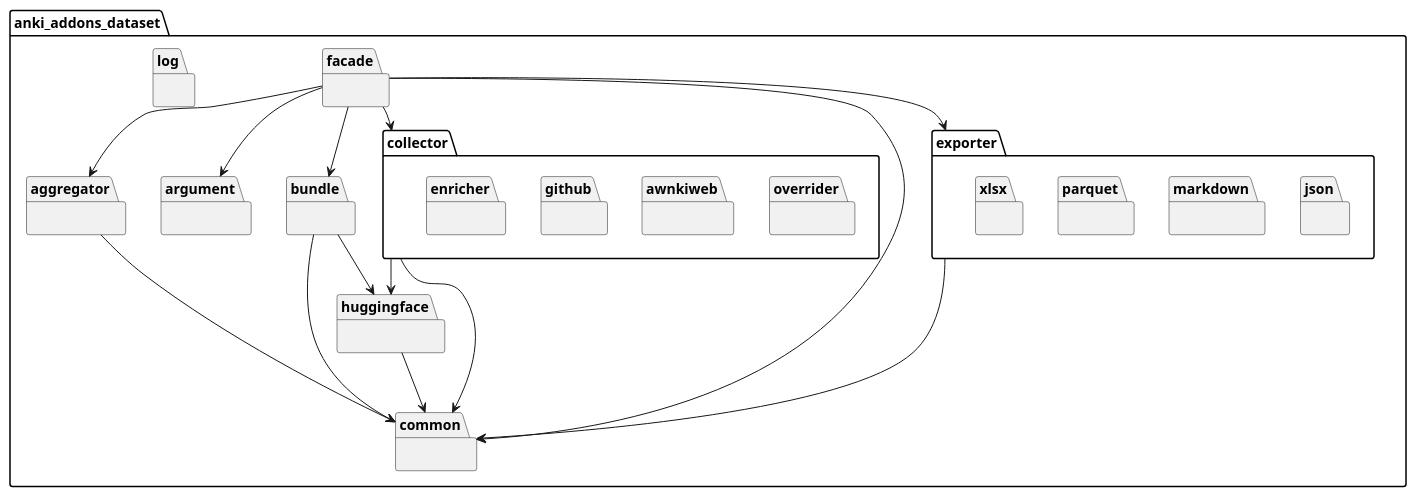
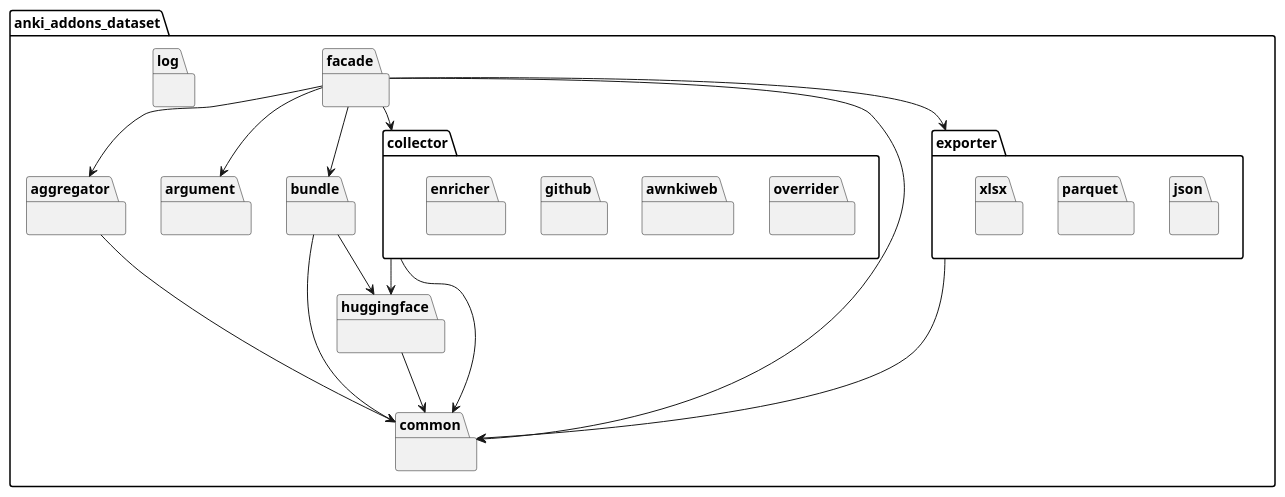
Before and after one commit to Aleks-Ya/anki-addons-dataset: the diagram in doc/uml/package_diagram.puml, drawn with PlantUML. The commit also changed 4 other files, not shown here.

```diff
--- a/doc/uml/package_diagram.puml
+++ b/doc/uml/package_diagram.puml
@@ -1,48 +1,47 @@
 @startuml
 'https://plantuml.com/class-diagram
 hide empty members
 
 package anki_addons_dataset {
     package aggregator {}
     package argument {}
     package bundle {}
     package collector {
         package overrider {}
         package awnkiweb {}
         package github {}
         package enricher {}
     }
     package common {}
     package exporter {
         package json {}
-        package markdown {}
         package parquet {}
         package xlsx {}
     }
     package facade {}
     package huggingface {}
     package log {}
 }
 
 aggregator --> common
 
 bundle --> common
 bundle --> huggingface
 
 collector --> common
 collector --> huggingface
 
 exporter --> common
 
 facade --> aggregator
 facade --> argument
 facade --> bundle
 facade --> collector
 facade --> common
 facade --> exporter
 
 huggingface --> common
 
 
 
 @enduml
```
